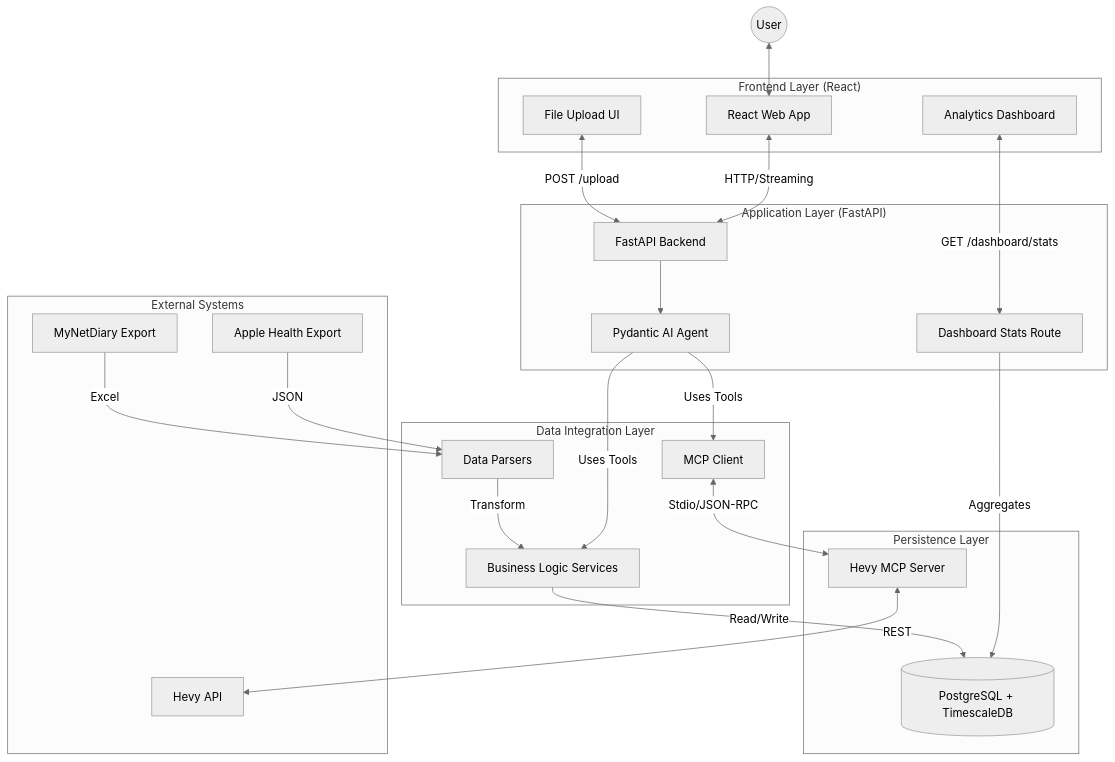
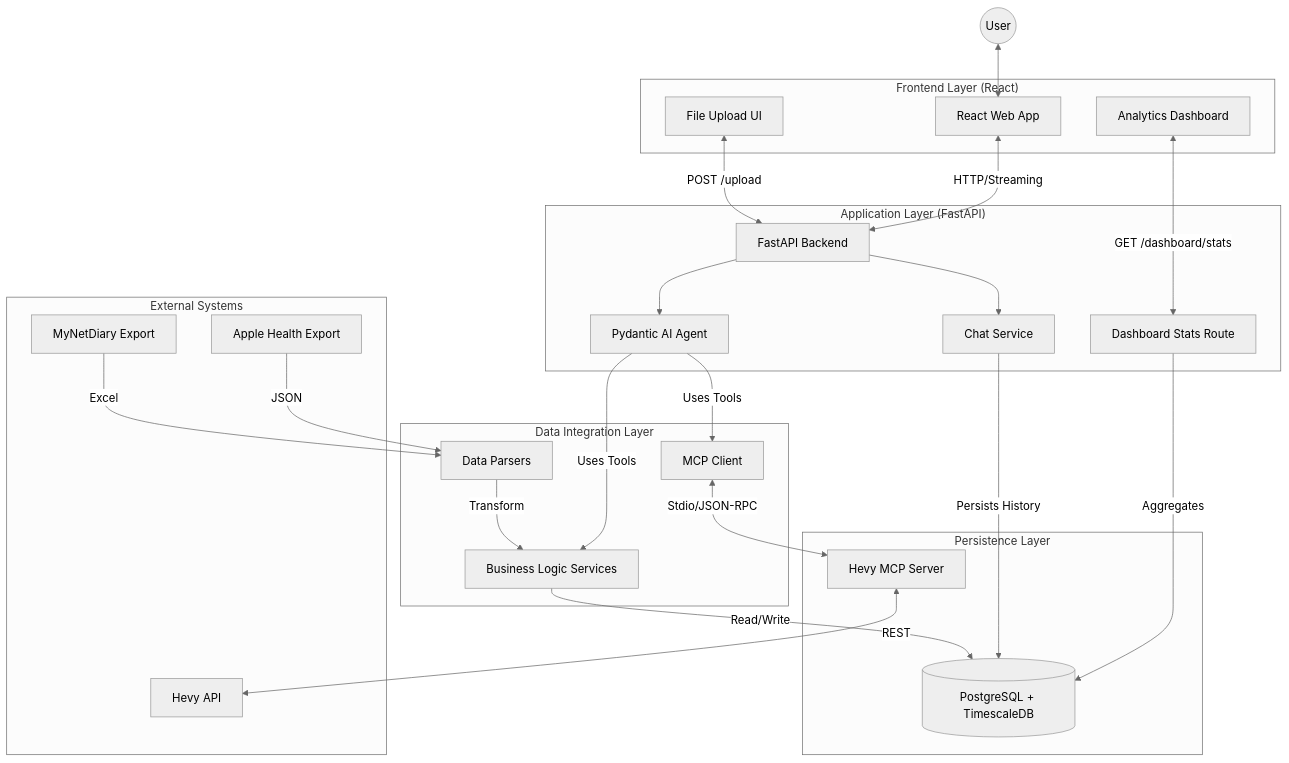
One commit to filio623/workout-optimizer changed the diagram in TECHNICAL_GUIDE.md. Above: the diagram before and after it, drawn with Mermaid (neutral theme). The commit also changed other lines of this file and 8 other files, not shown here.

Commit message:
feat: Implement persistent chat history with PostgreSQL and streaming updates

````diff
--- a/TECHNICAL_GUIDE.md
+++ b/TECHNICAL_GUIDE.md
@@ -16,52 +16,55 @@
 ```mermaid
 graph TD
     User((User))
     
     subgraph "Frontend Layer (React)"
         Web[React Web App]
         Dashboard[Analytics Dashboard]
         Upload[File Upload UI]
     end
     
     subgraph "Application Layer (FastAPI)"
         API[FastAPI Backend]
         Agent[Pydantic AI Agent]
         DashRoute[Dashboard Stats Route]
+        ChatService[Chat Service]
     end
     
     subgraph "Data Integration Layer"
         Parsers[Data Parsers]
         Services[Business Logic Services]
         MCP[MCP Client]
     end
     
     subgraph "External Systems"
         HevyAPI[Hevy API]
         AppleHealth[Apple Health Export]
         MND[MyNetDiary Export]
     end
     
     subgraph "Persistence Layer"
         DB[(PostgreSQL + TimescaleDB)]
         HevyMCP[Hevy MCP Server]
     end
 
     User <--> Web
     Web <-->|HTTP/Streaming| API
     Dashboard <-->|GET /dashboard/stats| DashRoute
     Upload <-->|POST /upload| API
     
     API --> Agent
+    API --> ChatService
     Agent -->|Uses Tools| Services
     Agent -->|Uses Tools| MCP
     DashRoute -->|Aggregates| DB
+    ChatService -->|Persists History| DB
     
     MCP <-->|Stdio/JSON-RPC| HevyMCP
     HevyMCP <-->|REST| HevyAPI
     
     Services -->|Read/Write| DB
     Parsers -->|Transform| Services
     
     AppleHealth -->|JSON| Parsers
     MND -->|Excel| Parsers
 ```
````
